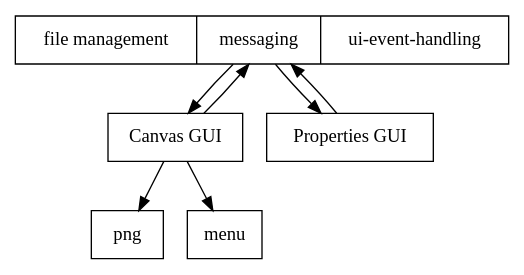
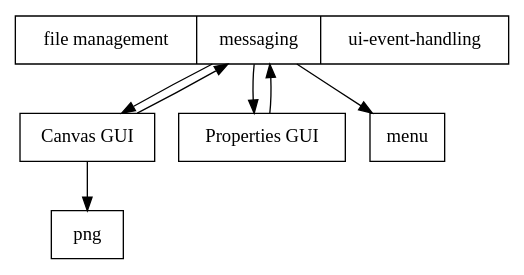
The diagram in arch.dot (vidbina/ots-studio), drawn with Graphviz before and after one commit. The commit also changed 3 other files, not shown here.

Commit message:
Refactored the menu into main

```diff
--- a/arch.dot
+++ b/arch.dot
@@ -1,16 +1,16 @@
 digraph structs {
 node [shape=record]
   main [schape=record,label="file management|messaging|ui-event-handling"];
   image_handler [shape=record,label="png"];
   canvas_gui [label="Canvas GUI"]
   prop_gui [label="Properties GUI"]
 
   main -> canvas_gui
   main -> prop_gui
+  main -> menu
 
   canvas_gui -> main
   prop_gui -> main
 
   canvas_gui -> image_handler 
-  canvas_gui -> menu
 }
```
